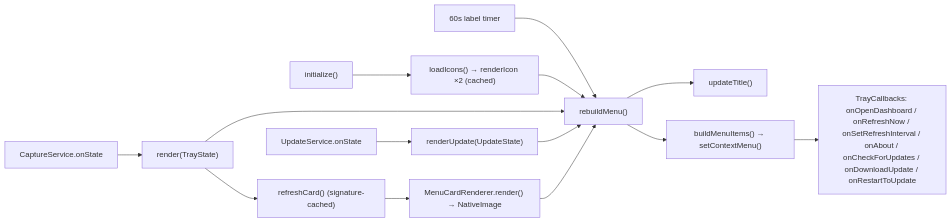
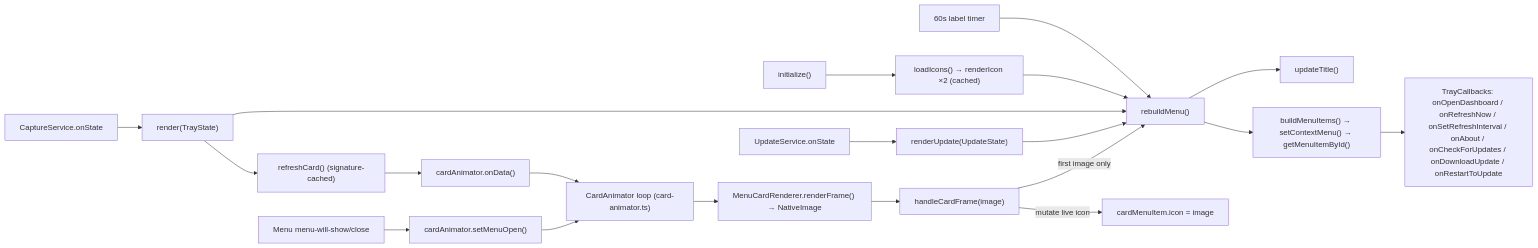
The diagram in docs/modules/tray.md (tangentlin/burnbar), drawn with Mermaid before and after one commit. The commit also changed other lines of this file and 21 other files, not shown here.

````diff
--- a/docs/modules/tray.md
+++ b/docs/modules/tray.md
@@ -50,16 +53,22 @@
 ```mermaid
 flowchart LR
     svc["CaptureService.onState"] --> render["render(TrayState)"]
     upd["UpdateService.onState"] --> renderUpd["renderUpdate(UpdateState)"]
     timer["60s label timer"] --> rebuild["rebuildMenu()"]
     init["initialize()"] --> icons["loadIcons() → renderIcon ×2 (cached)"]
     icons --> rebuild
     render --> rebuild
     renderUpd --> rebuild
     render --> refresh["refreshCard() (signature-cached)"]
-    refresh --> card["MenuCardRenderer.render() → NativeImage"]
-    card --> rebuild
+    refresh --> animator["cardAnimator.onData()"]
+    menuEvents["Menu menu-will-show/close"] --> setOpen["cardAnimator.setMenuOpen()"]
+    animator --> loop["CardAnimator loop (card-animator.ts)"]
+    setOpen --> loop
+    loop --> frame["MenuCardRenderer.renderFrame() → NativeImage"]
+    frame --> handleFrame["handleCardFrame(image)"]
+    handleFrame -->|mutate live icon| liveIcon["cardMenuItem.icon = image"]
+    handleFrame -->|first image only| rebuild
     rebuild --> title["updateTitle()"]
-    rebuild --> menu["buildMenuItems() → setContextMenu()"]
+    rebuild --> menu["buildMenuItems() → setContextMenu() → getMenuItemById()"]
     menu --> cbs["TrayCallbacks: onOpenDashboard / onRefreshNow / onSetRefreshInterval / onAbout / onCheckForUpdates / onDownloadUpdate / onRestartToUpdate"]
 ```
````
